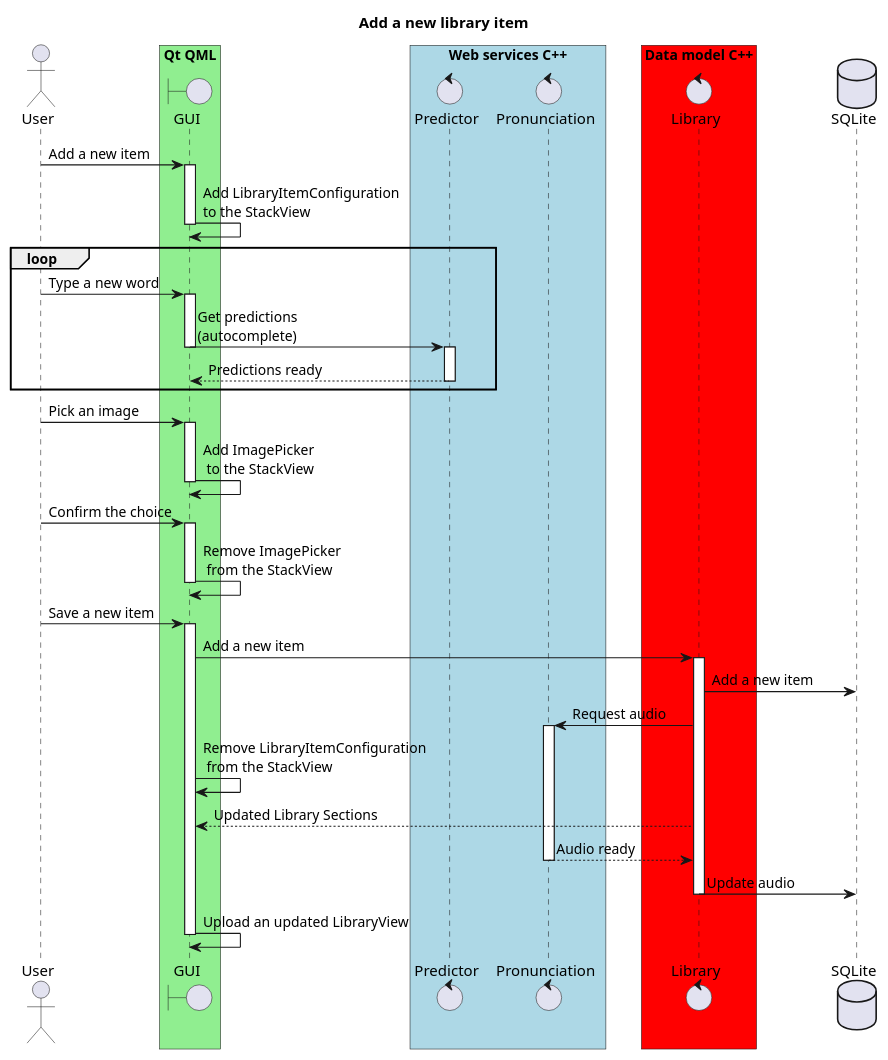
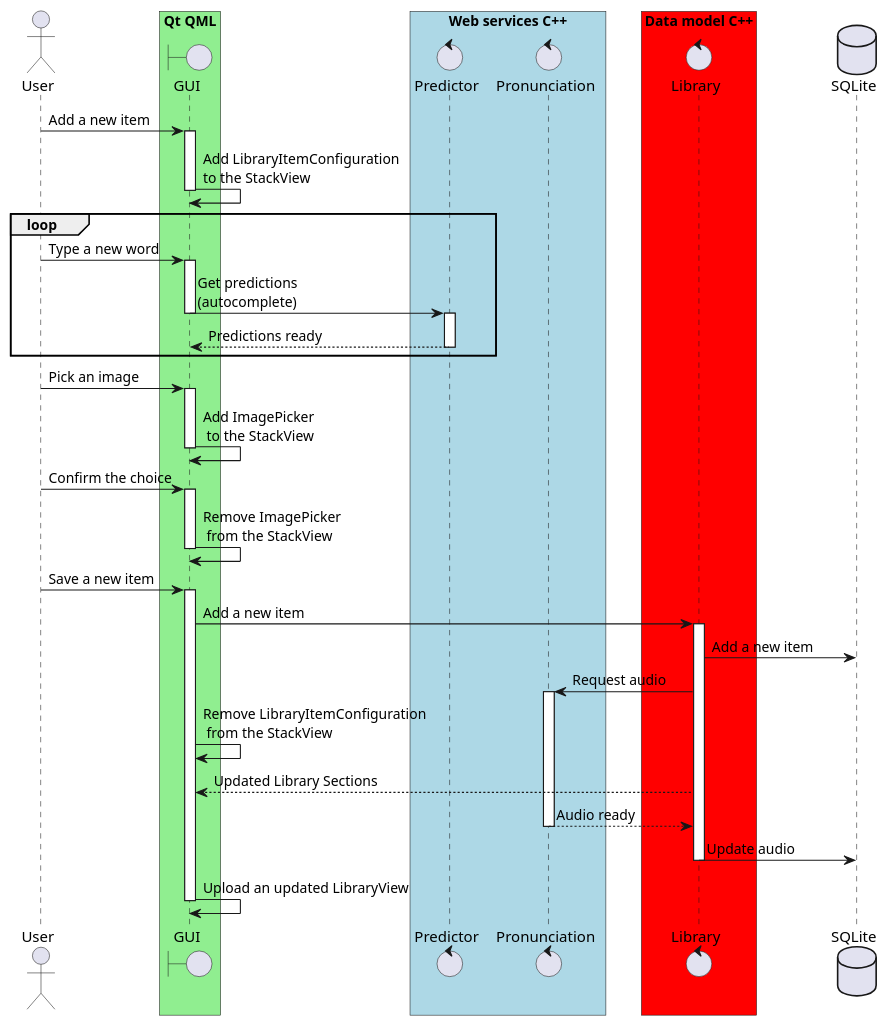
The diagram in docs/uml/new_item.puml (eliaseamus/lexis), drawn with PlantUML before and after one commit. The commit also changed 13 other files, not shown here.

Commit message:
removed titles from uml diagrams

```diff
--- a/docs/uml/new_item.puml
+++ b/docs/uml/new_item.puml
@@ -1,63 +1,61 @@
 @startuml
-
-title Add a new library item
 
 actor User as user
 
 box "Qt QML" #LightGreen
   boundary "GUI" as gui
 end box
 
 box "Web services C++" #LightBlue
   control Predictor as pred
   control Pronunciation as pronun
 end box
 
 box "Data model C++" #Red
   control Library as lib
 end box
 
 database SQLite as db
 
 user -> gui : Add a new item
 activate gui
 gui -> gui : Add LibraryItemConfiguration\nto the StackView
 deactivate gui
 
 loop
   user -> gui : Type a new word
   activate gui
   gui -> pred : Get predictions\n(autocomplete)
   deactivate gui
   activate pred
   pred --> gui : Predictions ready
   deactivate pred
 end
 
 user -> gui : Pick an image
 activate gui
 gui -> gui : Add ImagePicker\n to the StackView
 deactivate gui
 
 user -> gui : Confirm the choice
 activate gui
 gui -> gui : Remove ImagePicker\n from the StackView
 deactivate gui
 
 user -> gui : Save a new item
 activate gui
 gui -> lib : Add a new item
 activate lib
 lib -> db : Add a new item
 lib -> pronun : Request audio
 activate pronun
 gui -> gui : Remove LibraryItemConfiguration\n from the StackView
 lib --> gui : Updated Library Sections
 pronun --> lib : Audio ready
 deactivate pronun
 lib -> db : Update audio
 deactivate lib
 gui -> gui : Upload an updated LibraryView
 deactivate gui
 
 @enduml
```
